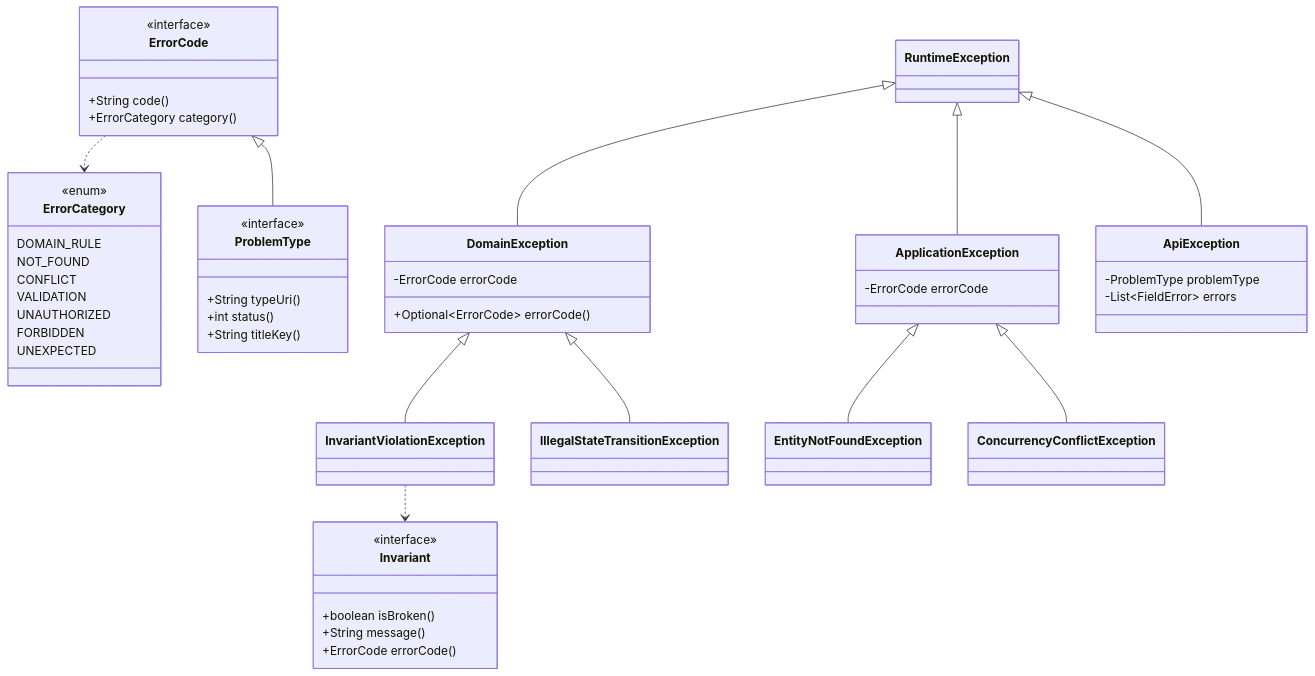
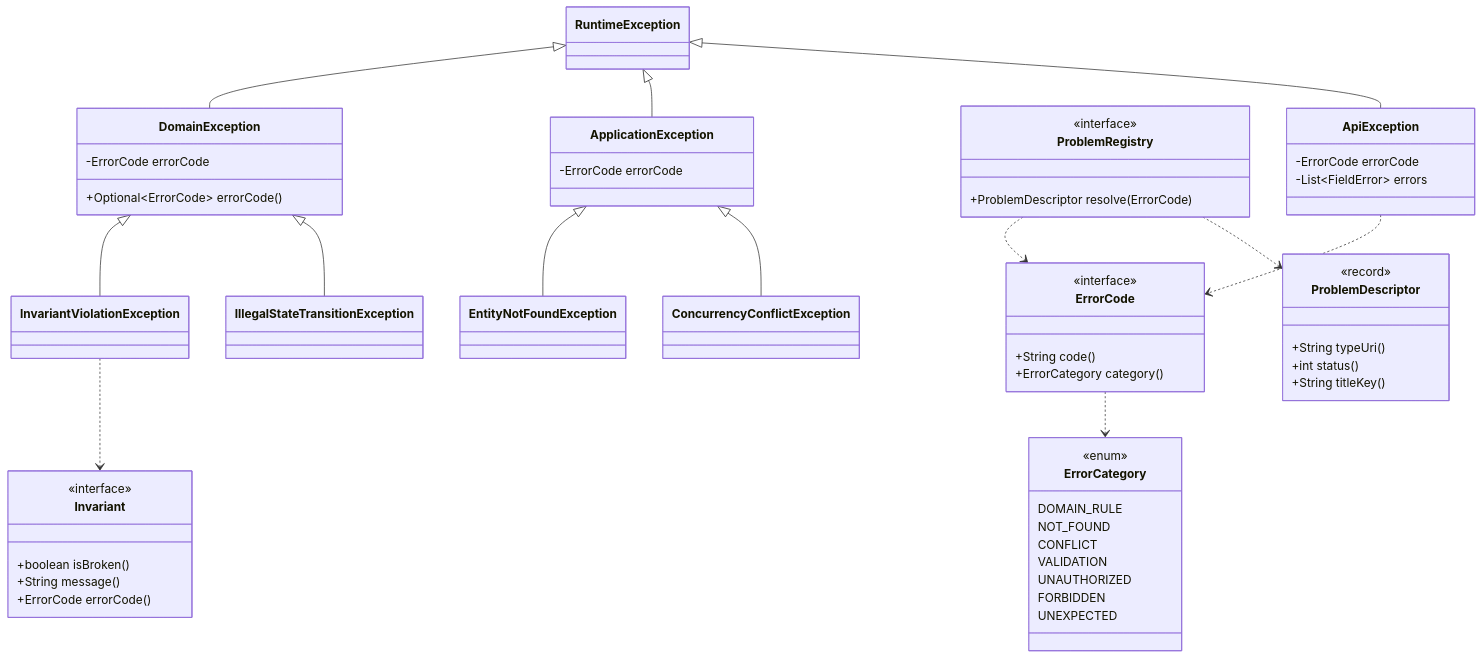
One commit to ryan-alexander-zhang/ai-native-project-template changed the second of 3 diagrams in docs/design/design-00003-exception-model.md. Above: the diagram before and after it, drawn with Mermaid. The commit also changed other lines of this file and 3 other files, not shown here.

First line of the commit message:
docs(exception-model): document ErrorCode → ProblemDescriptor composition (C+)

````diff
--- a/docs/design/design-00003-exception-model.md
+++ b/docs/design/design-00003-exception-model.md
@@ -67,56 +70,62 @@
 ```mermaid
 classDiagram
   class ErrorCode {
     <<interface>>
     +String code()
     +ErrorCategory category()
   }
   class ErrorCategory {
     <<enum>>
     DOMAIN_RULE
     NOT_FOUND
     CONFLICT
     VALIDATION
     UNAUTHORIZED
     FORBIDDEN
     UNEXPECTED
   }
   class DomainException {
     -ErrorCode errorCode
     +Optional~ErrorCode~ errorCode()
   }
   class Invariant {
     <<interface>>
     +boolean isBroken()
     +String message()
     +ErrorCode errorCode()
   }
   class InvariantViolationException
   class IllegalStateTransitionException
   class ApplicationException {
     -ErrorCode errorCode
   }
   class EntityNotFoundException
   class ConcurrencyConflictException
-  class ProblemType {
-    <<interface>>
+  class ProblemDescriptor {
+    <<record>>
     +String typeUri()
     +int status()
     +String titleKey()
   }
+  class ProblemRegistry {
+    <<interface>>
+    +ProblemDescriptor resolve(ErrorCode)
+  }
   class ApiException {
-    -ProblemType problemType
+    -ErrorCode errorCode
     -List~FieldError~ errors
   }
 
   ErrorCode ..> ErrorCategory
   RuntimeException <|-- DomainException
   DomainException <|-- InvariantViolationException
   DomainException <|-- IllegalStateTransitionException
   RuntimeException <|-- ApplicationException
   ApplicationException <|-- EntityNotFoundException
   ApplicationException <|-- ConcurrencyConflictException
   RuntimeException <|-- ApiException
-  ErrorCode <|-- ProblemType
+  ApiException ..> ErrorCode
+  ProblemRegistry ..> ErrorCode
+  ProblemRegistry ..> ProblemDescriptor
   InvariantViolationException ..> Invariant
 ```
````
